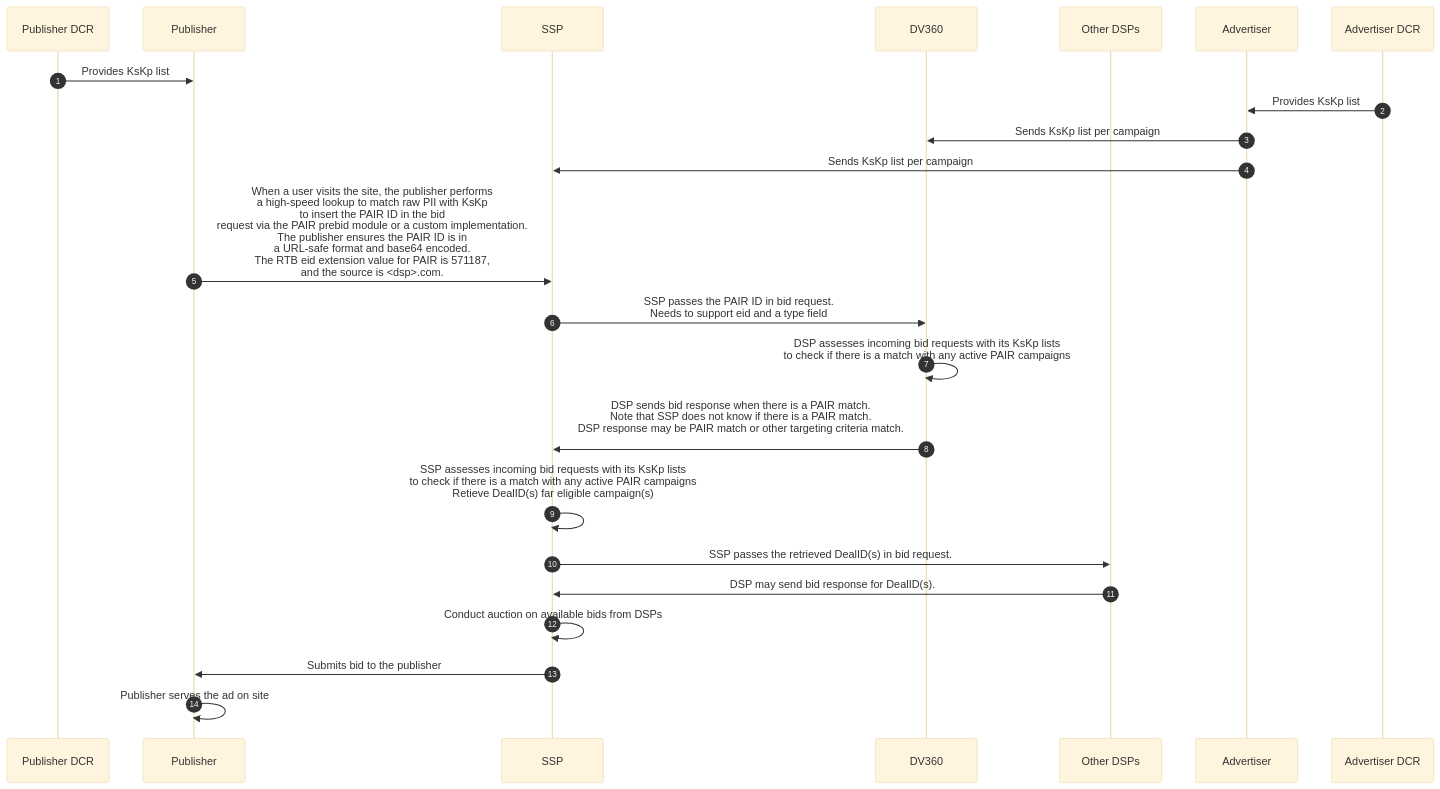
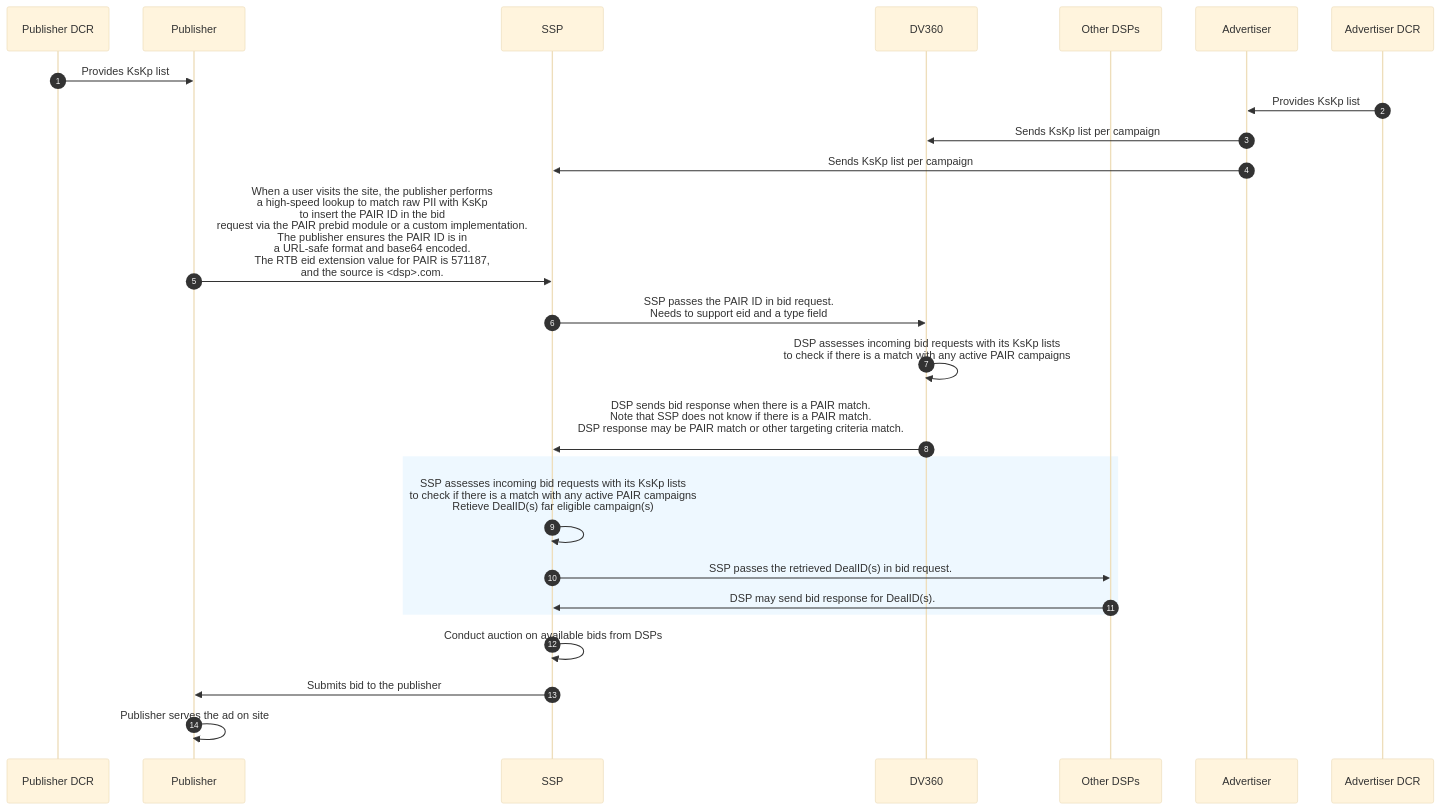
Before and after one commit to pm-harshad-mane/Diagrams: the diagram in PAIR/Activate_In_SSP.md, drawn with Mermaid.

````diff
--- a/PAIR/Activate_In_SSP.md
+++ b/PAIR/Activate_In_SSP.md
@@ -1,33 +1,36 @@
 ```mermaid
 %%{init: {'theme': 'base', 'themeVariables': { 'participantBkgColor': '#f0f0f0', 'participantBorderColor': '#000000' }}}%%
 sequenceDiagram
 autoNumber
 participant PC as Publisher DCR
 participant Pub as Publisher
 participant SSP
 participant DSP as DV360
 participant DSP2 as Other DSPs
 participant Adv as Advertiser
 participant AC as Advertiser DCR
 
 PC->>Pub: Provides KsKp list
 AC->>Adv: Provides KsKp list
 Adv->>DSP: Sends KsKp list per campaign
 Adv->>SSP: Sends KsKp list per campaign
 
 Pub->>SSP: When a user visits the site, the publisher performs <br/>a high-speed lookup to match raw PII with KsKp <br/> to insert the PAIR ID in the bid <br/> request via the PAIR prebid module or a custom implementation.<br/>The publisher ensures the PAIR ID is in <br/> a URL-safe format and base64 encoded. <br/>The RTB eid extension value for PAIR is 571187, <br/>and the source is <dsp>.com.
 
 SSP->>DSP: SSP passes the PAIR ID in bid request.<br/> Needs to support eid and a type field
 DSP->>DSP: DSP assesses incoming bid requests with its KsKp lists <br/>to check if there is a match with any active PAIR campaigns
 DSP->>SSP: DSP sends bid response when there is a PAIR match.<br/>Note that SSP does not know if there is a PAIR match.<br/> DSP response may be PAIR match or other targeting criteria match.<br/>
 
+%% Box around steps 9–10–11
+rect rgba(200, 230, 255, 0.3)
 SSP->>SSP: SSP assesses incoming bid requests with its KsKp lists <br/>to check if there is a match with any active PAIR campaigns<br/> Retieve DealID(s) far eligible campaign(s)<br/>
 SSP->>DSP2: SSP passes the retrieved DealID(s) in bid request.
 DSP2->>SSP: DSP may send bid response for DealID(s).
+end
 
 SSP->>SSP: Conduct auction on available bids from DSPs
 
 SSP->>Pub: Submits bid to the publisher
 Pub->>Pub: Publisher serves the ad on site
 
 ```
````
